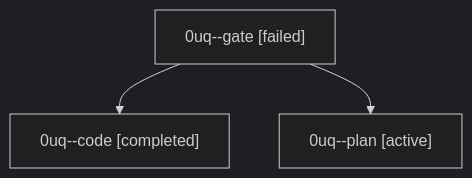
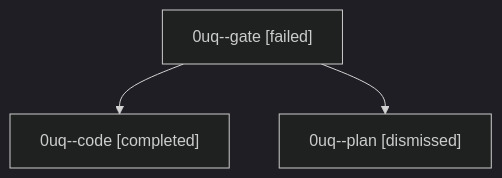
The diagram in sessions/bbugyi200.athena.0uq.md (bobs-org/bob-cli--agents), drawn with Mermaid (dark theme) before and after one commit. The commit also changed other lines of this file and 33 other files, not shown here.

````diff
--- a/sessions/bbugyi200.athena.0uq.md
+++ b/sessions/bbugyi200.athena.0uq.md
@@ -9,8 +9,8 @@
 ```mermaid
 flowchart TD
   n0["0uq--gate [failed]"]
   n1["0uq--code [completed]"]
   n0 --> n1
-  n2["0uq--plan [active]"]
+  n2["0uq--plan [dismissed]"]
   n0 --> n2
 ```
````
